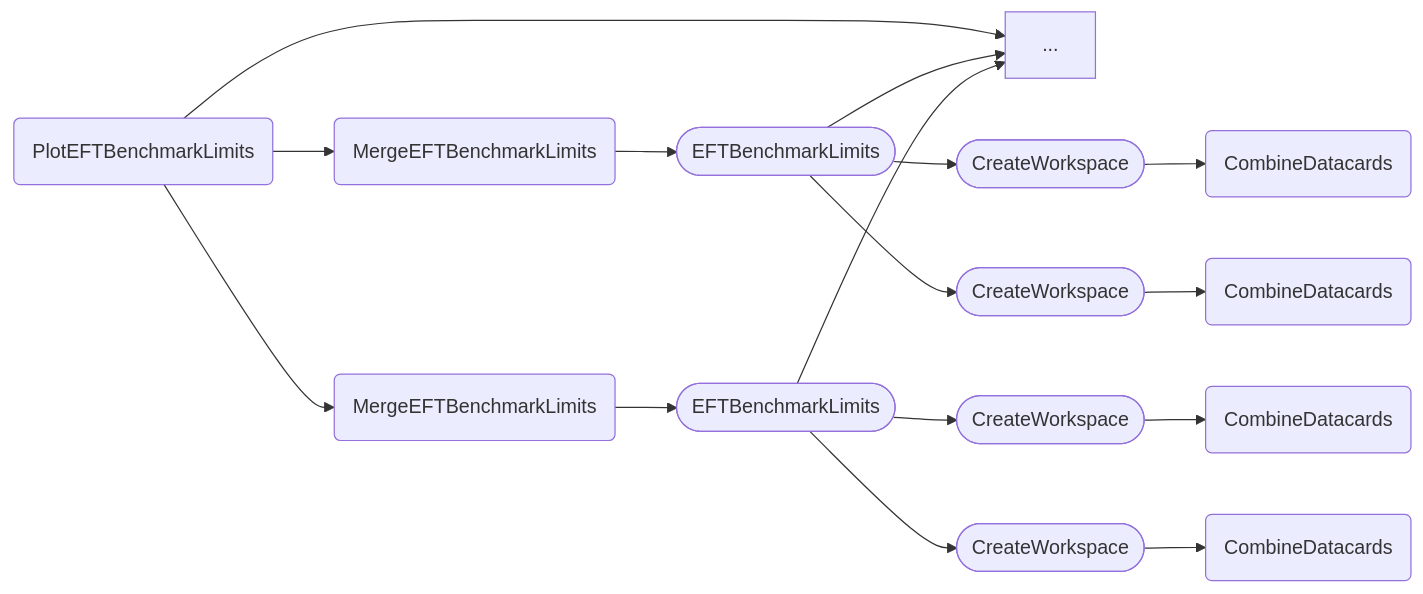
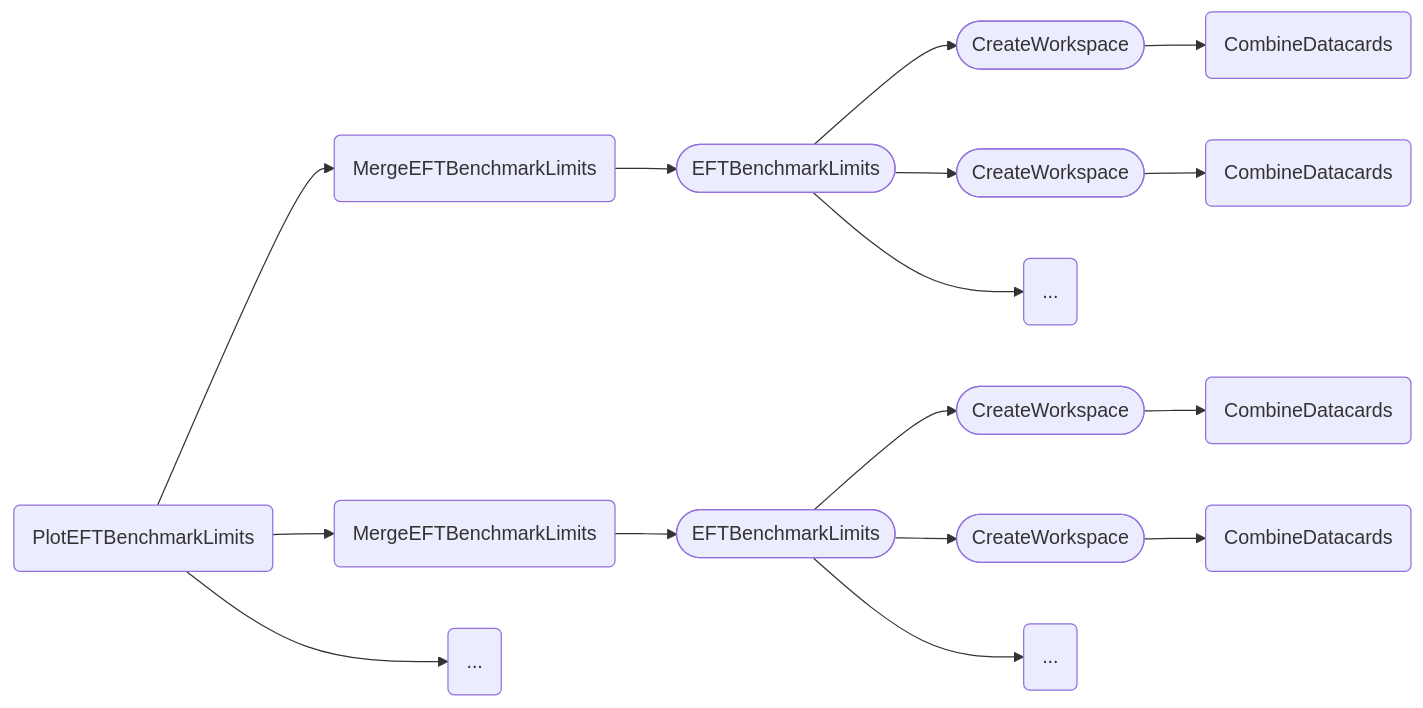
One commit to cms-hh/inference_tools changed the second of 2 diagrams in docs/content/tasks/eft.md. Above: the diagram before and after it, drawn with Mermaid. The commit also changed 2 other files, not shown here.

Commit message:
Streamline EFT tasks.

````diff
--- a/docs/content/tasks/eft.md
+++ b/docs/content/tasks/eft.md
@@ -161,18 +161,18 @@
 ```mermaid
 graph LR;
     A(PlotEFTBenchmarkLimits) --> B1(MergeEFTBenchmarkLimits);
     A --> B2(MergeEFTBenchmarkLimits);
-    A --> ...;
+    A --> X1(...);
     B1 --> C1([EFTBenchmarkLimits]);
     B2 --> C2([EFTBenchmarkLimits]);
     C1 --> D1([CreateWorkspace]);
     C1 --> D2([CreateWorkspace]);
-    C1 --> ...;
+    C1 --> X2(...);
     C2 --> D3([CreateWorkspace]);
     C2 --> D4([CreateWorkspace]);
-    C2 --> ...;
+    C2 --> X3(...);
     D1 --> E1(CombineDatacards);
     D2 --> E2(CombineDatacards);
     D3 --> E3(CombineDatacards);
     D4 --> E4(CombineDatacards);
 ```
````
